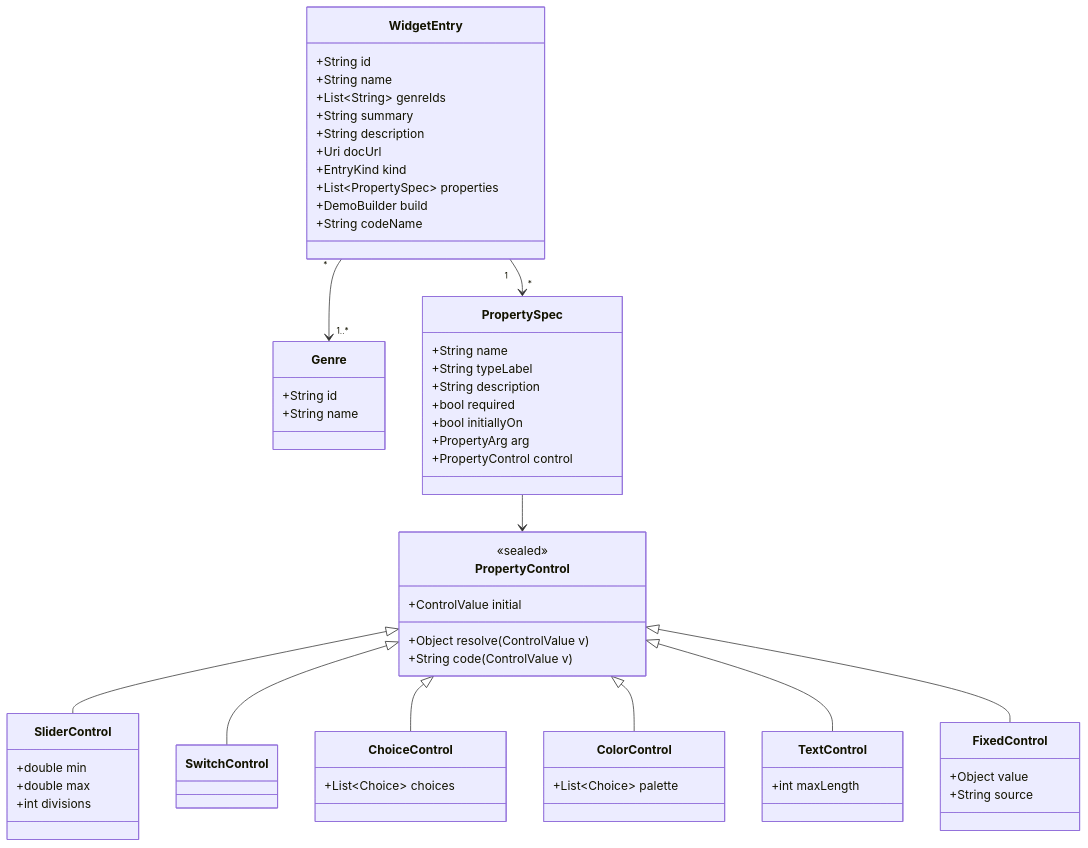
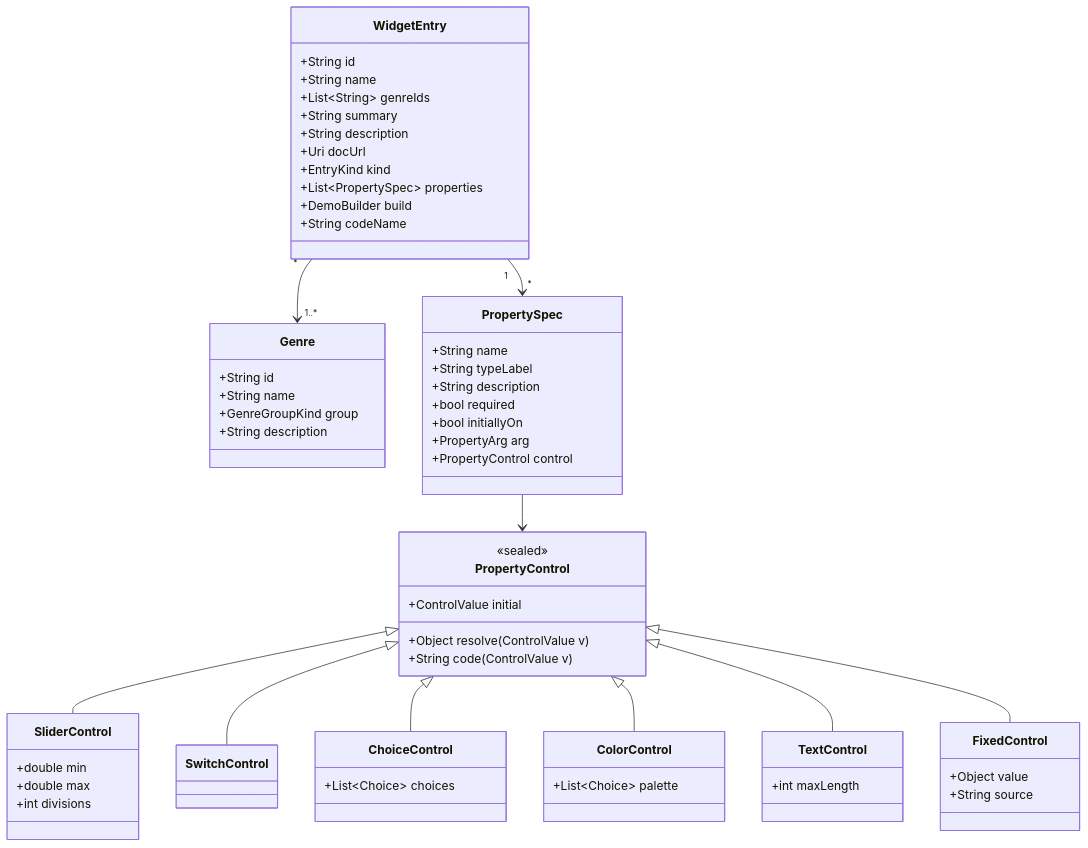
Before and after one commit to masa-futa/widget-lab: the first of 6 diagrams in docs/design/functions/demo-engine.md, drawn with Mermaid. The commit also changed other lines of this file and 1 other file, not shown here.

````diff
--- a/docs/design/functions/demo-engine.md
+++ b/docs/design/functions/demo-engine.md
@@ -23,62 +23,64 @@
 ```mermaid
 classDiagram
     class Genre {
         +String id
         +String name
+        +GenreGroupKind group
+        +String description
     }
     class WidgetEntry {
         +String id
         +String name
         +List~String~ genreIds
         +String summary
         +String description
         +Uri docUrl
         +EntryKind kind
         +List~PropertySpec~ properties
         +DemoBuilder build
         +String codeName
     }
     class PropertySpec {
         +String name
         +String typeLabel
         +String description
         +bool required
         +bool initiallyOn
         +PropertyArg arg
         +PropertyControl control
     }
     class PropertyControl {
         <<sealed>>
         +ControlValue initial
         +Object resolve(ControlValue v)
         +String code(ControlValue v)
     }
     class SliderControl {
         +double min
         +double max
         +int divisions
     }
     class SwitchControl
     class ChoiceControl {
         +List~Choice~ choices
     }
     class ColorControl {
         +List~Choice~ palette
     }
     class TextControl {
         +int maxLength
     }
     class FixedControl {
         +Object value
         +String source
     }
     WidgetEntry "1" --> "*" PropertySpec
     WidgetEntry "*" --> "1..*" Genre
     PropertySpec --> PropertyControl
     PropertyControl <|-- SliderControl
     PropertyControl <|-- SwitchControl
     PropertyControl <|-- ChoiceControl
     PropertyControl <|-- ColorControl
     PropertyControl <|-- TextControl
     PropertyControl <|-- FixedControl
 ```
````
